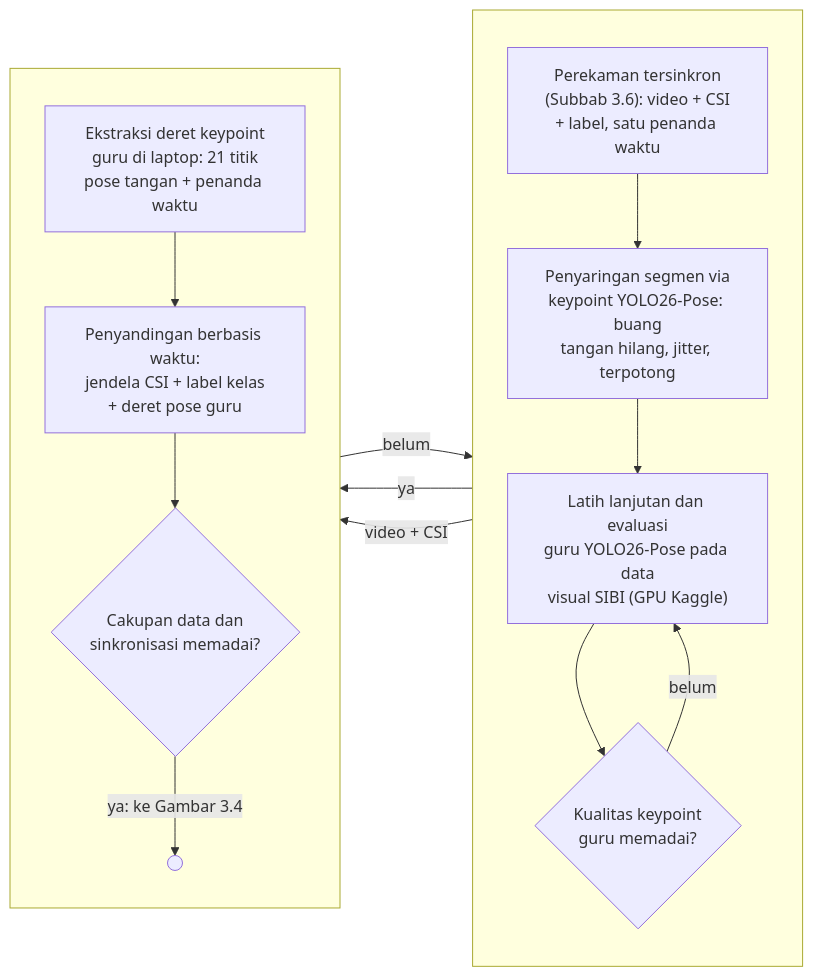
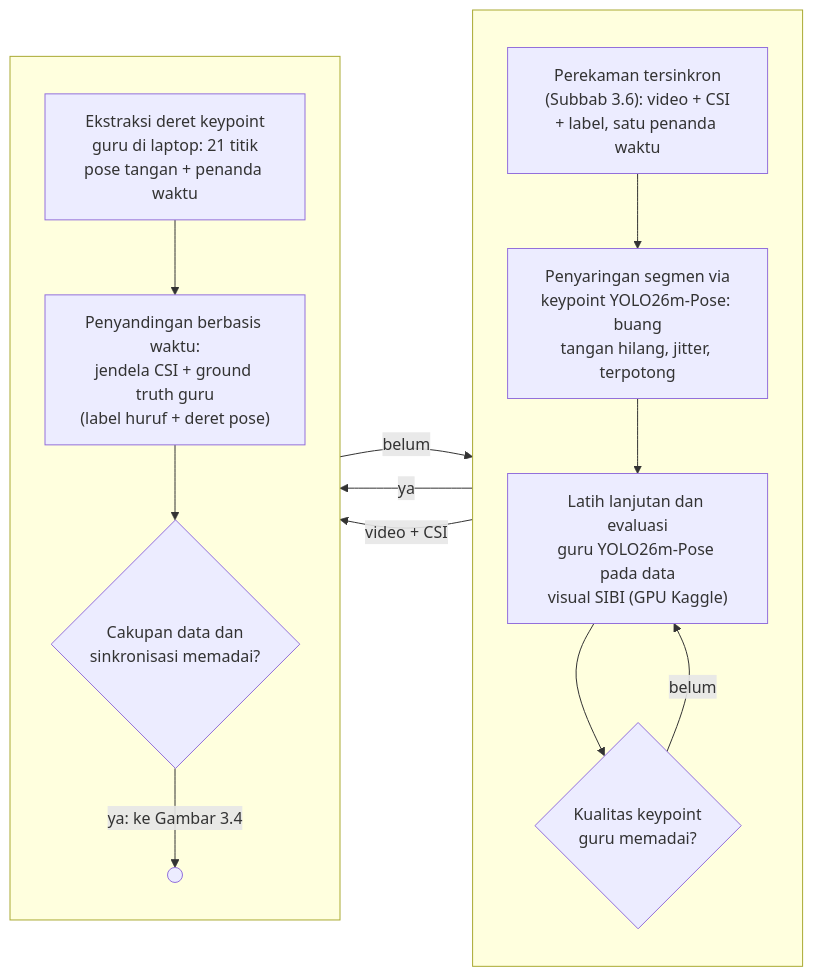
One commit to ILoveTahuTek/skripsi changed the third of 8 diagrams in download/translator-sibi-final/draft-final.md. Above: the diagram before and after it, drawn with Mermaid. The commit also changed other lines of this file and 56 other files, not shown here.

````diff
--- a/download/translator-sibi-final/draft-final.md
+++ b/download/translator-sibi-final/draft-final.md
@@ -353,26 +362,26 @@
 ```mermaid
 flowchart LR
     subgraph KA[" "]
         direction TB
         REC["Perekaman tersinkron<br/>(Subbab 3.6): video + CSI<br/>+ label, satu penanda waktu"]
-        FLT["Penyaringan segmen via<br/>keypoint YOLO26-Pose: buang<br/>tangan hilang, jitter, terpotong"]
-        TT["Latih lanjutan dan evaluasi<br/>guru YOLO26-Pose pada data<br/>visual SIBI (GPU Kaggle)"]
+        FLT["Penyaringan segmen via<br/>keypoint YOLO26m-Pose: buang<br/>tangan hilang, jitter, terpotong"]
+        TT["Latih lanjutan dan evaluasi<br/>guru YOLO26m-Pose pada data<br/>visual SIBI (GPU Kaggle)"]
         TQ{"Kualitas keypoint<br/>guru memadai?"}
         REC --> FLT
         FLT --> TT
         TT --> TQ
         TQ -- "belum" --> TT
     end
     subgraph KB[" "]
         direction TB
         Y26["Ekstraksi deret keypoint<br/>guru di laptop: 21 titik<br/>pose tangan + penanda waktu"]
-        PAIR["Penyandingan berbasis waktu:<br/>jendela CSI + label kelas<br/>+ deret pose guru"]
+        PAIR["Penyandingan berbasis waktu:<br/>jendela CSI + ground truth guru<br/>(label huruf + deret pose)"]
         DQ{"Cakupan data dan<br/>sinkronisasi memadai?"}
         Y26 --> PAIR
         PAIR --> DQ
         DQ -- "ya: ke Gambar 3.4" --> EXIT((" "))
     end
     KA -- "ya" --> KB
     KA -- "video + CSI" --> KB
     KB -- "belum" --> KA
 ```
````
